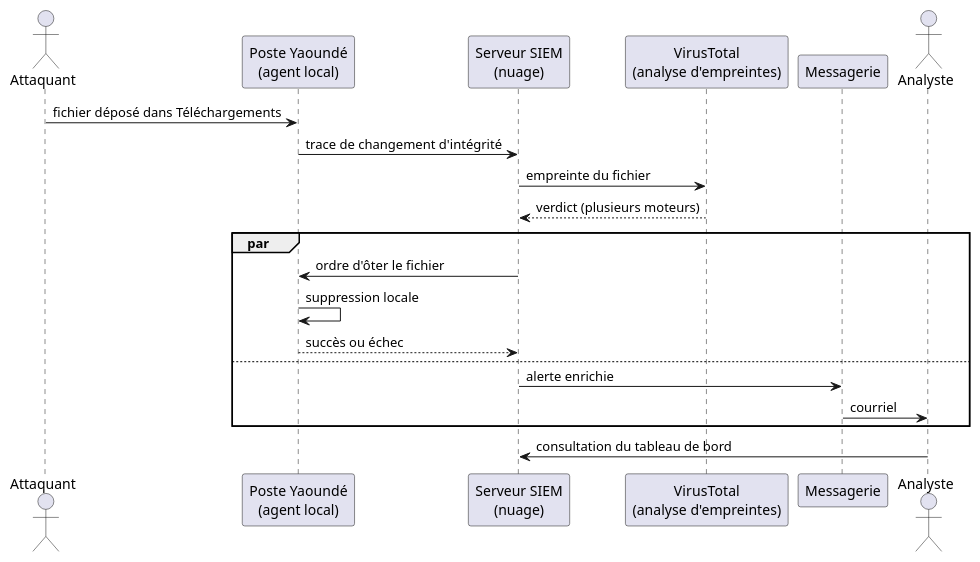
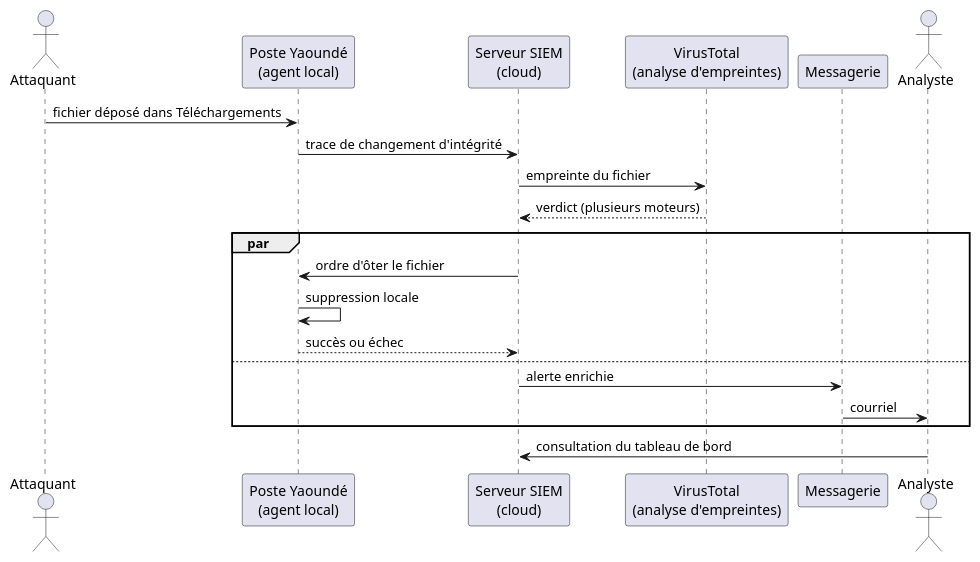
Before and after one commit to nklorenzo/wazuh-cloud-deployment-pipeline: the third of 4 diagrams in rapport/chapitre-3.md, drawn with PlantUML. The commit also changed other lines of this file, not shown here.

First line of the commit message:
docs: remplacer « nuage » par « cloud » dans le chapitre 3

````diff
--- a/rapport/chapitre-3.md
+++ b/rapport/chapitre-3.md
@@ -191,26 +192,26 @@
 ```plantuml
 @startuml
 actor "Attaquant" as A
 participant "Poste Yaoundé\n(agent local)" as P
-participant "Serveur SIEM\n(nuage)" as S
+participant "Serveur SIEM\n(cloud)" as S
 participant "VirusTotal\n(analyse d'empreintes)" as VT
 participant "Messagerie" as M
 actor "Analyste" as An
 
 A -> P : fichier déposé dans Téléchargements
 P -> S : trace de changement d'intégrité
 S -> VT : empreinte du fichier
 VT --> S : verdict (plusieurs moteurs)
 
 par
   S -> P : ordre d'ôter le fichier
   P -> P : suppression locale
   P --> S : succès ou échec
 else
   S -> M : alerte enrichie
   M -> An : courriel
 end
 
 An -> S : consultation du tableau de bord
 @enduml
 ```
````
